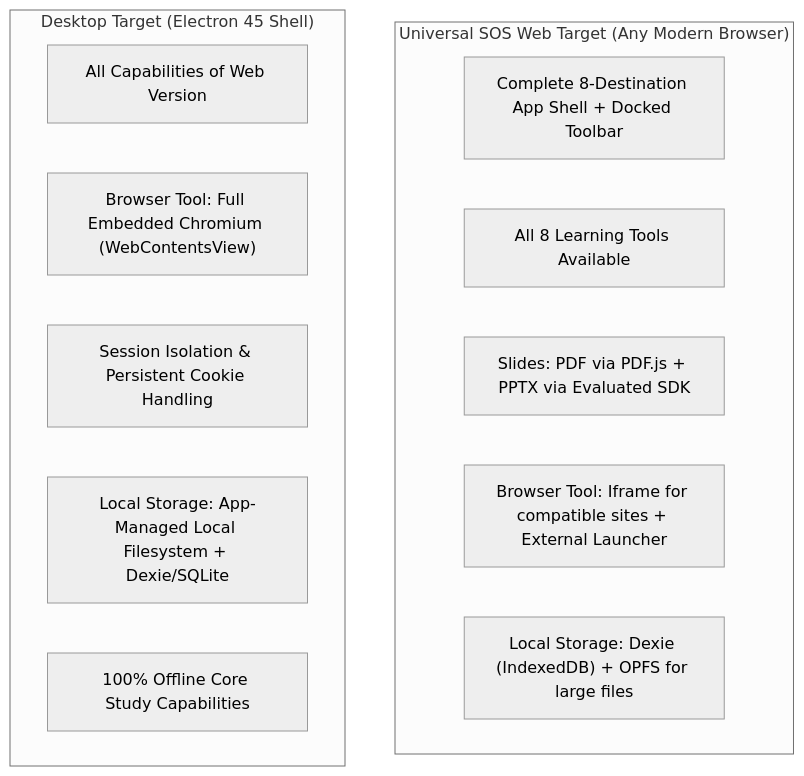
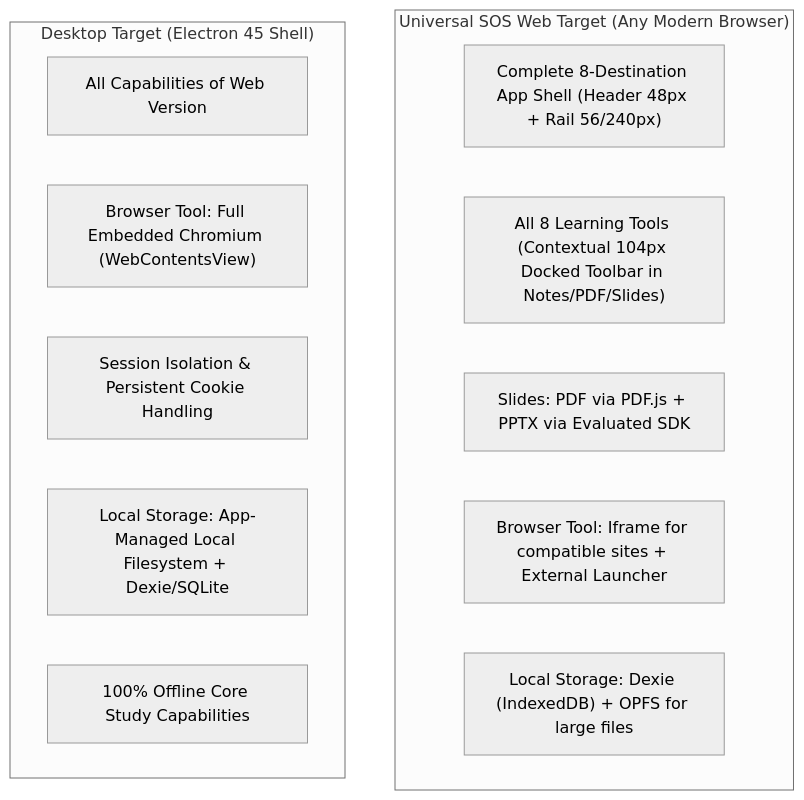
Before and after one commit to 3bdallahusin/sos-v3: the second of 7 diagrams in ARCHITECTURE.md, drawn with Mermaid (neutral theme). The commit also changed other lines of this file and 3 other files, not shown here.

````diff
--- a/ARCHITECTURE.md
+++ b/ARCHITECTURE.md
@@ -119,18 +119,18 @@
 ```mermaid
 graph TD
     subgraph UniversalWebCore ["Universal SOS Web Target (Any Modern Browser)"]
-        W_Shell["Complete 8-Destination App Shell + Docked Toolbar"]
-        W_Tools["All 8 Learning Tools Available"]
+        W_Shell["Complete 8-Destination App Shell (Header 48px + Rail 56/240px)"]
+        W_Tools["All 8 Learning Tools (Contextual 104px Docked Toolbar in Notes/PDF/Slides)"]
         W_Slides["Slides: PDF via PDF.js + PPTX via Evaluated SDK"]
         W_Browser["Browser Tool: Iframe for compatible sites + External Launcher"]
         W_Storage["Local Storage: Dexie (IndexedDB) + OPFS for large files"]
     end
 
     subgraph DesktopElectronTarget ["Desktop Target (Electron 45 Shell)"]
         D_All["All Capabilities of Web Version"]
         D_Chromium["Browser Tool: Full Embedded Chromium (WebContentsView)"]
         D_Cookies["Session Isolation & Persistent Cookie Handling"]
         D_Storage["Local Storage: App-Managed Local Filesystem + Dexie/SQLite"]
         D_Offline["100% Offline Core Study Capabilities"]
     end
 ```
````
